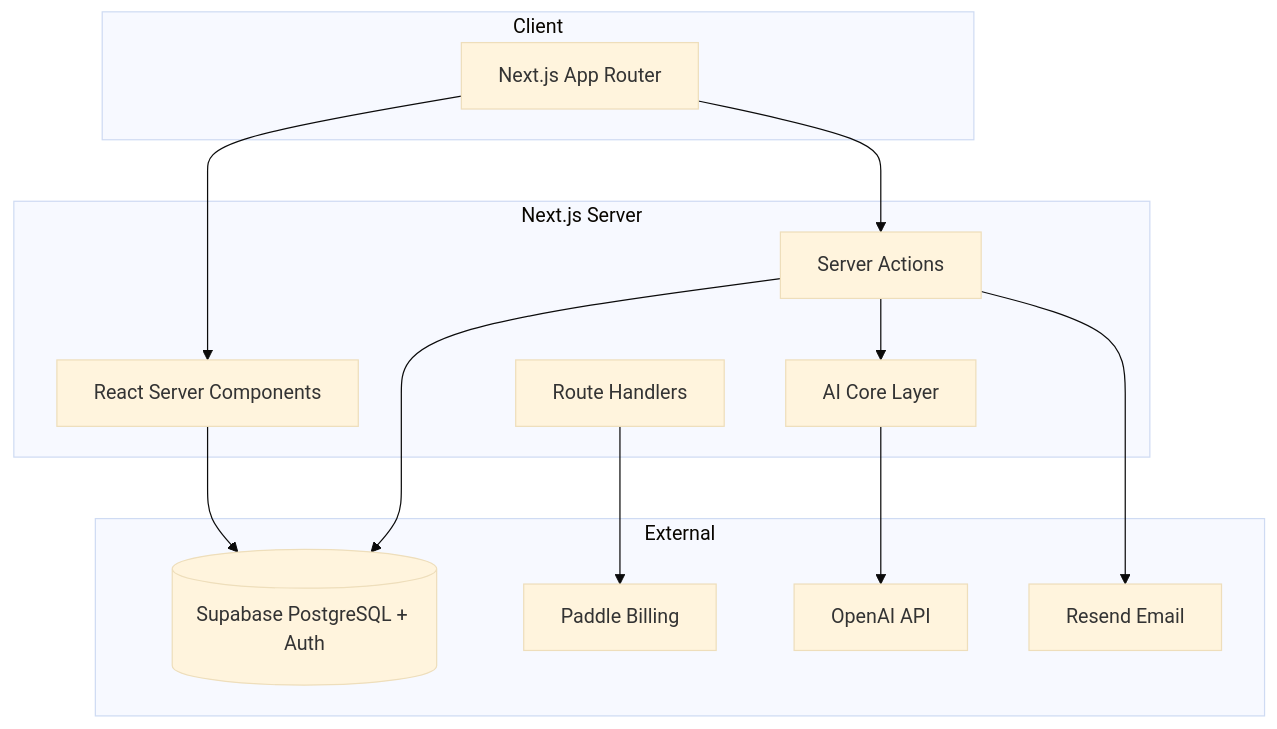
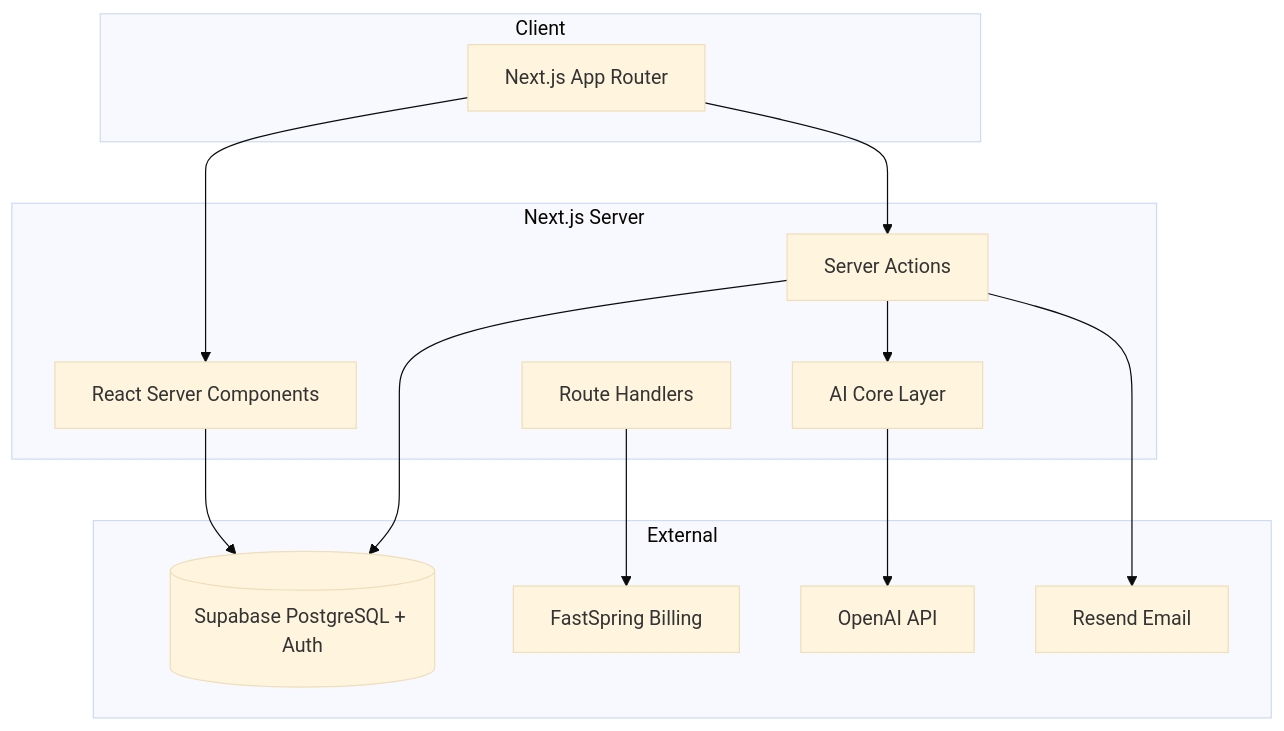
Before and after one commit to auronexis/auronexis-platform: the diagram in docs/architecture.md, drawn with Mermaid (base theme). The commit also changed other lines of this file and 139 other files, not shown here.

Commit message:
refactor: decommission Paddle and finalize FastSpring billing

````diff
--- a/docs/architecture.md
+++ b/docs/architecture.md
@@ -9,29 +9,29 @@
 ```mermaid
 flowchart TB
   subgraph Client
     Browser[Next.js App Router]
   end
 
   subgraph Server["Next.js Server"]
     RSC[React Server Components]
     SA[Server Actions]
     API[Route Handlers]
     AI[AI Core Layer]
   end
 
   subgraph External
     Supabase[(Supabase PostgreSQL + Auth)]
-    Paddle[Paddle Billing]
+    FastSpring[FastSpring Billing]
     OpenAI[OpenAI API]
     Resend[Resend Email]
   end
 
   Browser --> RSC
   Browser --> SA
   RSC --> Supabase
   SA --> Supabase
   SA --> AI
   AI --> OpenAI
-  API --> Paddle
+  API --> FastSpring
   SA --> Resend
 ```
````
